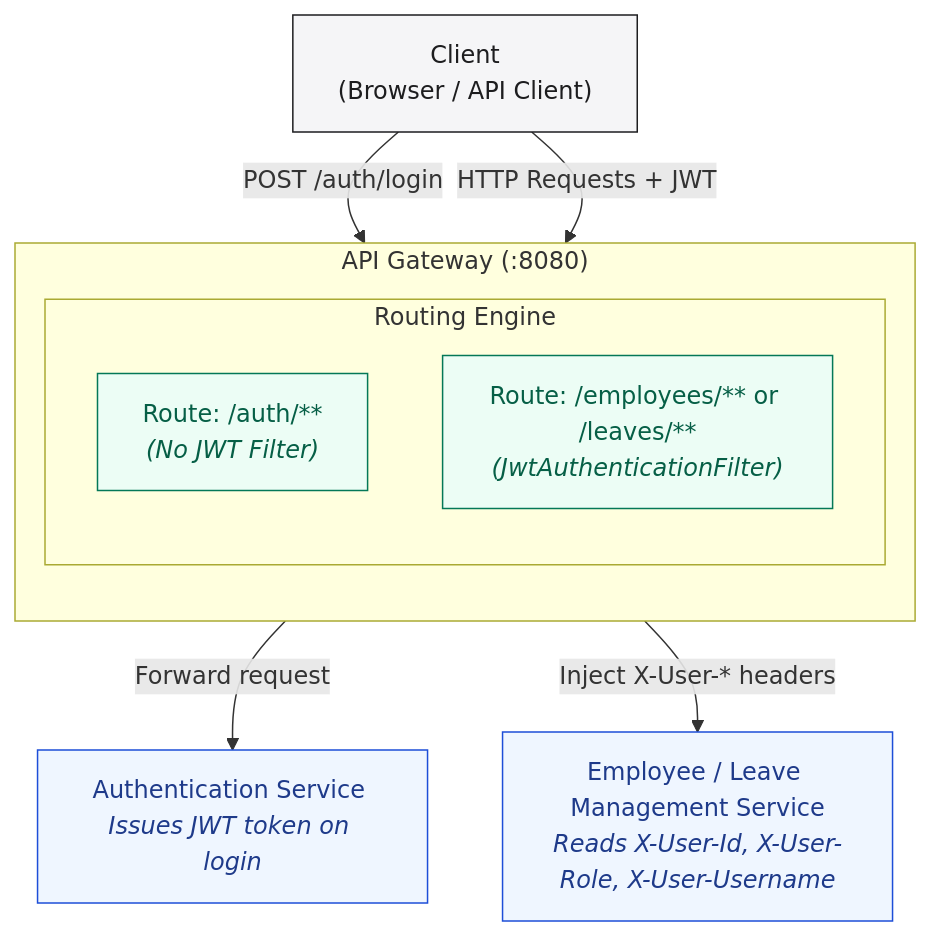
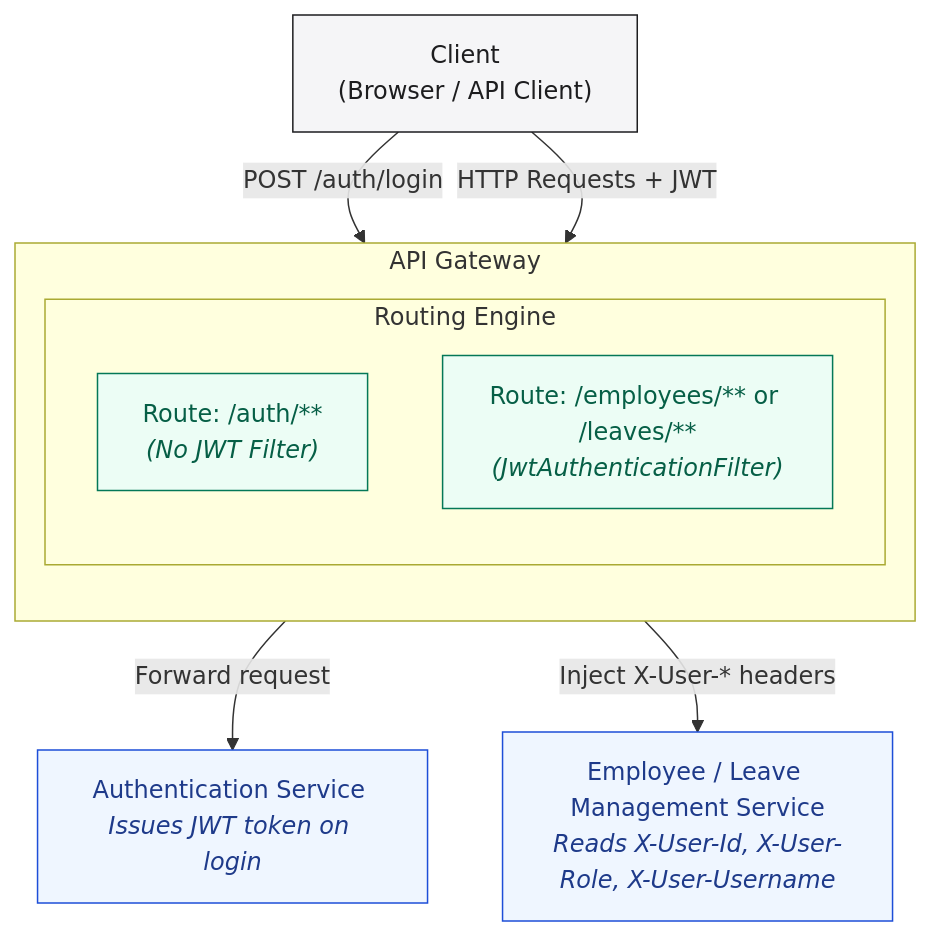
Before and after one commit to niloymcs17/NAGP2026: the first of 2 diagrams in documentation/cross_cutting_concerns.md, drawn with Mermaid. The commit also changed other lines of this file, not shown here.

````diff
--- a/documentation/cross_cutting_concerns.md
+++ b/documentation/cross_cutting_concerns.md
@@ -211,28 +211,28 @@
 ```mermaid
 flowchart TD
     Client["Client<br>(Browser / API Client)"]
     
-    subgraph Gateway ["API Gateway (:8080)"]
+    subgraph Gateway ["API Gateway"]
         direction TB
         subgraph Routes ["Routing Engine"]
             Public["Route: /auth/**<br><i>(No JWT Filter)</i>"]
             Protected["Route: /employees/** or /leaves/**<br><i>(JwtAuthenticationFilter)</i>"]
         end
     end
     
     AuthSvc["Authentication Service <br><i>Issues JWT token on login</i>"]
     CoreSvcs["Employee / Leave Management Service<br><i>Reads X-User-Id, X-User-Role, X-User-Username</i>"]
     
     Client -->|"POST /auth/login"| Public
     Client -->|"HTTP Requests + JWT"| Protected
     
     Public -->|Forward request| AuthSvc
     Protected -->|"Inject X-User-* headers"| CoreSvcs
     
     classDef client fill:#f5f5f7,stroke:#1d1d1f,stroke-width:1px,color:#1d1d1f;
     classDef gateway fill:#ecfdf5,stroke:#047857,stroke-width:1px,color:#065f46;
     classDef service fill:#eff6ff,stroke:#1d4ed8,stroke-width:1px,color:#1e3a8a;
     class Client client;
     class Public,Protected gateway;
     class AuthSvc,CoreSvcs service;
 ```
````
